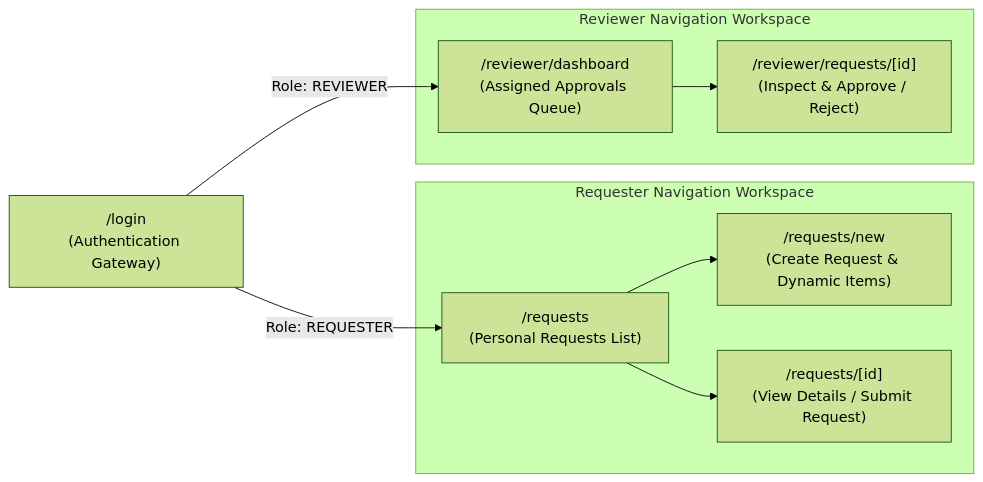
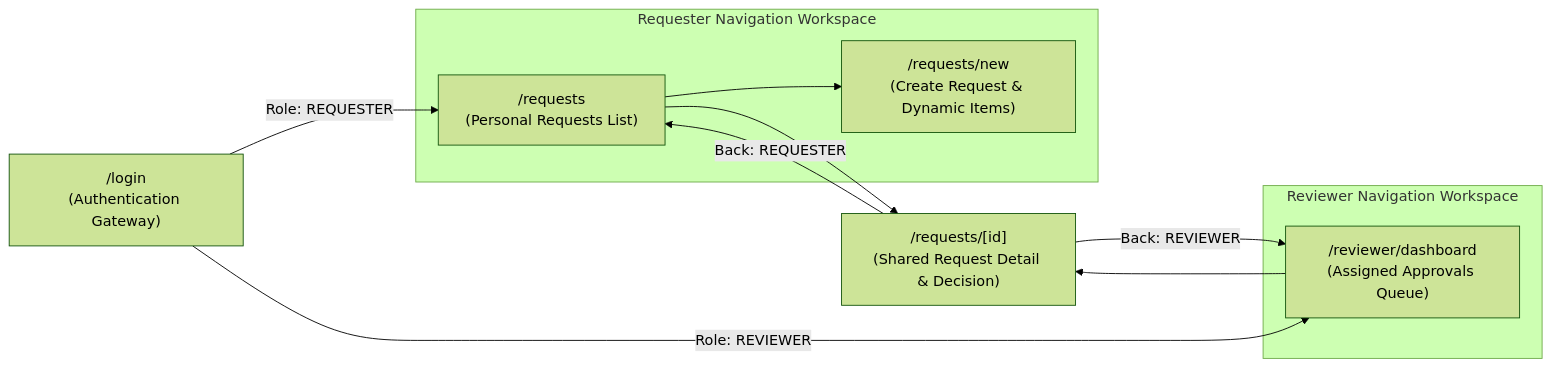
One commit to KaiDaoMuKrobb/Workflow-and-Approval-System changed the third of 3 diagrams in docs/system-sds.md. Above: the diagram before and after it, drawn with Mermaid (forest theme). The commit also changed other lines of this file and 4 other files, not shown here.

````diff
--- a/docs/system-sds.md
+++ b/docs/system-sds.md
@@ -130,21 +130,23 @@
 ```mermaid
 flowchart LR
     Login["/login\n(Authentication Gateway)"]
-    
+
     subgraph RequesterView["Requester Navigation Workspace"]
         ReqDash["/requests\n(Personal Requests List)"]
         ReqNew["/requests/new\n(Create Request & Dynamic Items)"]
-        ReqDetail["/requests/[id]\n(View Details / Submit Request)"]
     end
 
     subgraph ReviewerView["Reviewer Navigation Workspace"]
         RevDash["/reviewer/dashboard\n(Assigned Approvals Queue)"]
-        RevDetail["/reviewer/requests/[id]\n(Inspect & Approve / Reject)"]
     end
+
+    Detail["/requests/[id]\n(Shared Request Detail & Decision)"]
 
     Login -->|Role: REQUESTER| ReqDash
     Login -->|Role: REVIEWER| RevDash
     ReqDash --> ReqNew
-    ReqDash --> ReqDetail
-    RevDash --> RevDetail
+    ReqDash --> Detail
+    RevDash --> Detail
+    Detail -->|Back: REQUESTER| ReqDash
+    Detail -->|Back: REVIEWER| RevDash
 ```
````
